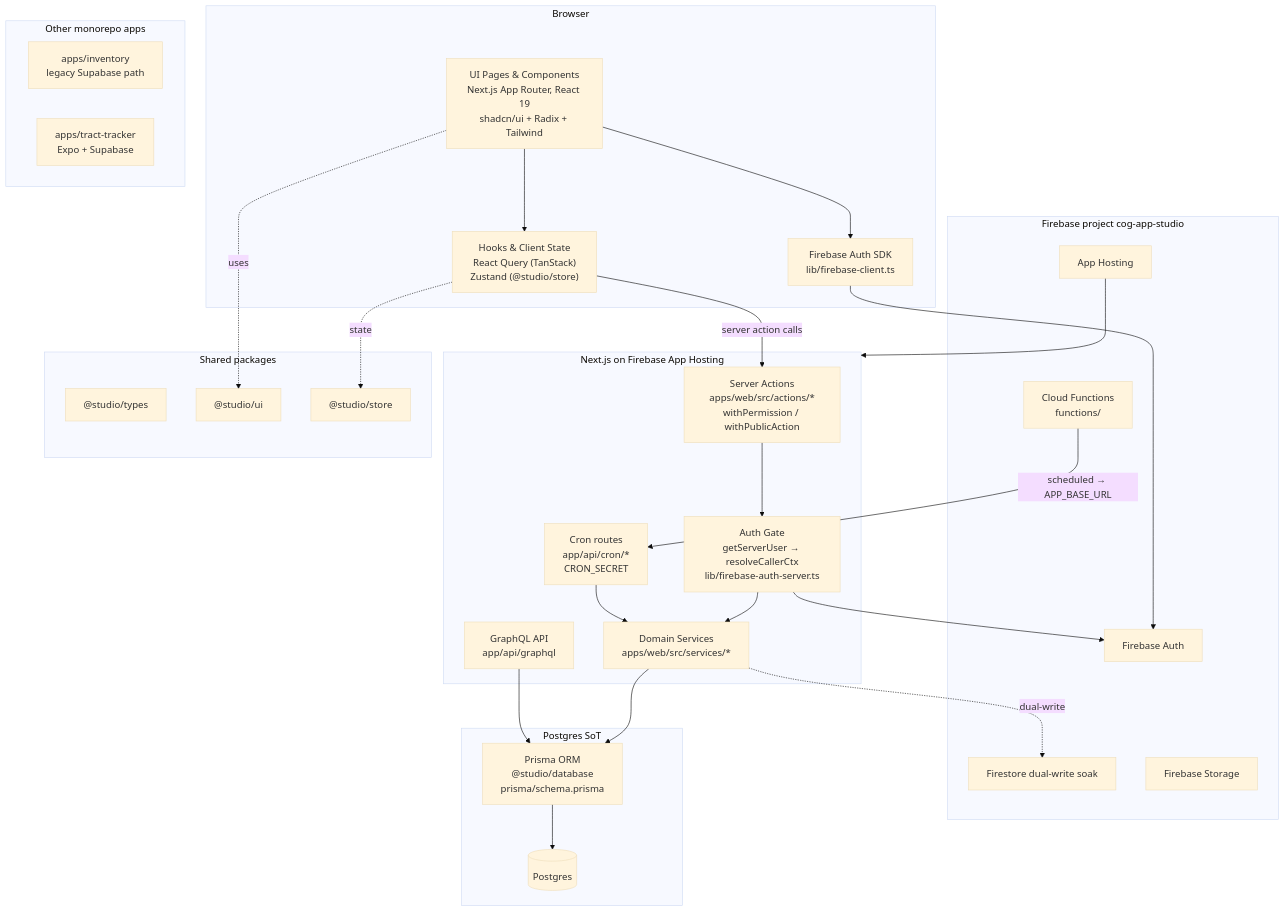
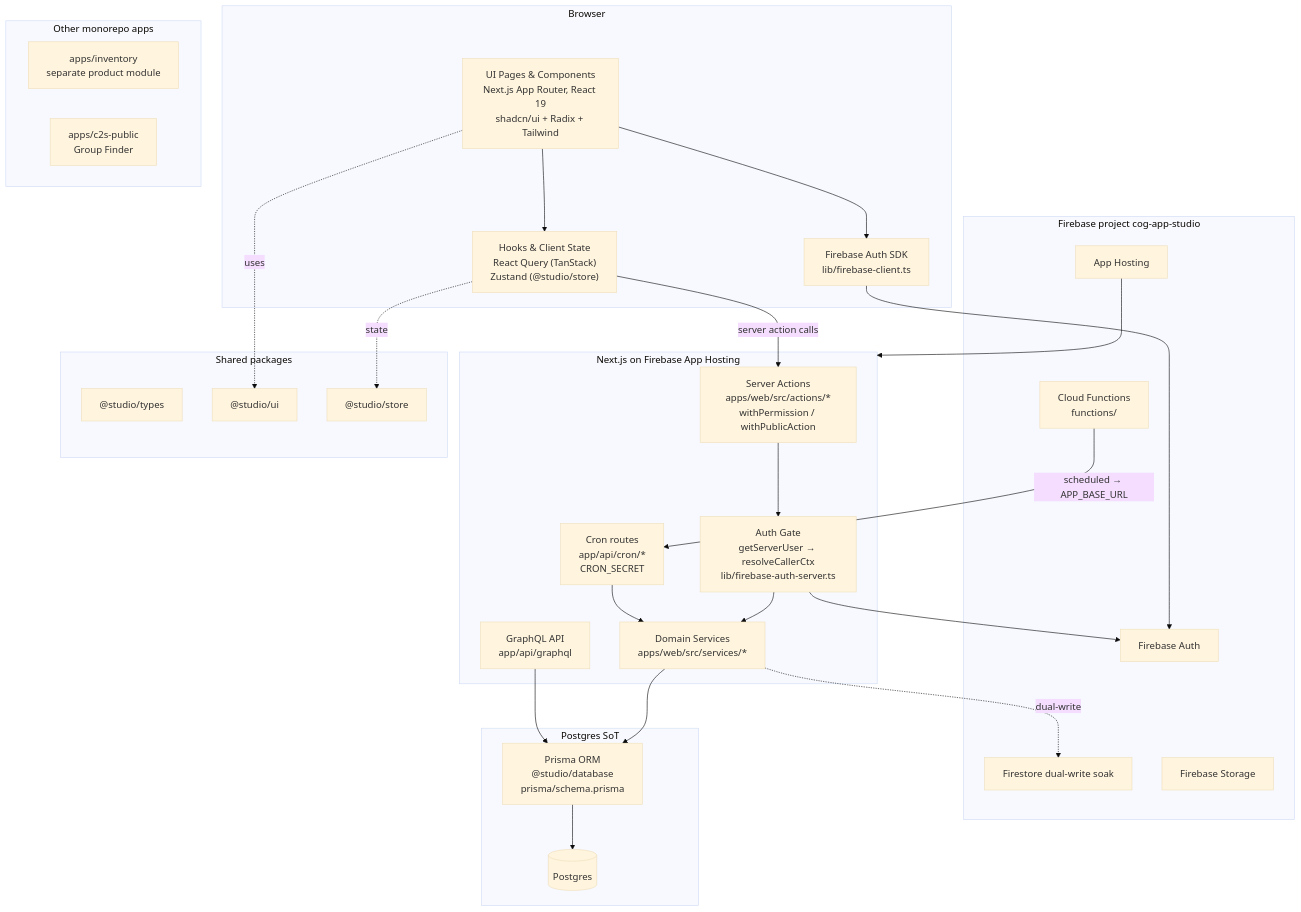
One commit to njcarlo/studio changed the first of 2 diagrams in docs/architecture.md. Above: the diagram before and after it, drawn with Mermaid (base theme). The commit also changed other lines of this file and 70 other files, not shown here.

First line of the commit message:
chore: sunset tract-tracker; document custom domains

````diff
--- a/docs/architecture.md
+++ b/docs/architecture.md
@@ -19,57 +19,57 @@
 ```mermaid
 graph TB
     subgraph Client["Browser"]
         UI["UI Pages & Components<br/>Next.js App Router, React 19<br/>shadcn/ui + Radix + Tailwind"]
         Hooks["Hooks & Client State<br/>React Query (TanStack)<br/>Zustand (@studio/store)"]
         FAuth["Firebase Auth SDK<br/>lib/firebase-client.ts"]
     end
 
     subgraph Server["Next.js on Firebase App Hosting"]
         Actions["Server Actions<br/>apps/web/src/actions/*<br/>withPermission / withPublicAction"]
         AuthGate["Auth Gate<br/>getServerUser → resolveCallerCtx<br/>lib/firebase-auth-server.ts"]
         Services["Domain Services<br/>apps/web/src/services/*"]
         Cron["Cron routes<br/>app/api/cron/*<br/>CRON_SECRET"]
         GraphQL["GraphQL API<br/>app/api/graphql"]
     end
 
     subgraph Firebase["Firebase project cog-app-studio"]
         AuthSvc["Firebase Auth"]
         FS["Firestore dual-write soak"]
         Storage["Firebase Storage"]
         CF["Cloud Functions<br/>functions/"]
         AH["App Hosting"]
     end
 
     subgraph Data["Postgres SoT"]
         Prisma["Prisma ORM<br/>@studio/database<br/>prisma/schema.prisma"]
         DB[("Postgres")]
     end
 
     subgraph Shared["Shared packages"]
         Types["@studio/types"]
         UIComp["@studio/ui"]
         Store["@studio/store"]
     end
 
     subgraph OtherApps["Other monorepo apps"]
-        Inventory["apps/inventory<br/>legacy Supabase path"]
-        Mobile["apps/tract-tracker<br/>Expo + Supabase"]
+        Inventory["apps/inventory<br/>separate product module"]
+        C2SPublic["apps/c2s-public<br/>Group Finder"]
     end
 
     UI --> Hooks
     UI --> FAuth
     FAuth --> AuthSvc
     Hooks -->|"server action calls"| Actions
     Actions --> AuthGate
     AuthGate --> AuthSvc
     AuthGate --> Services
     Services --> Prisma
     Prisma --> DB
     Services -.->|"dual-write"| FS
     Cron --> Services
     CF -->|"scheduled → APP_BASE_URL"| Cron
     AH --> Server
     GraphQL --> Prisma
     UI -.uses.-> UIComp
     Hooks -.state.-> Store
 ```
````
